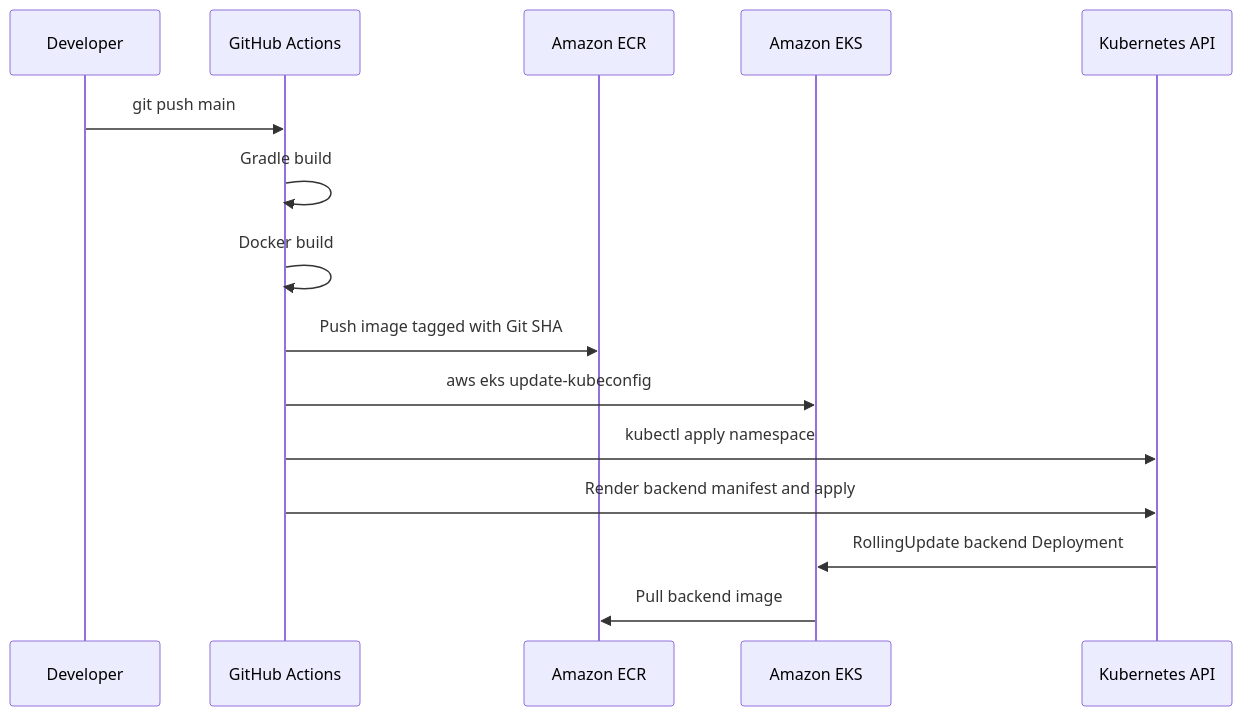
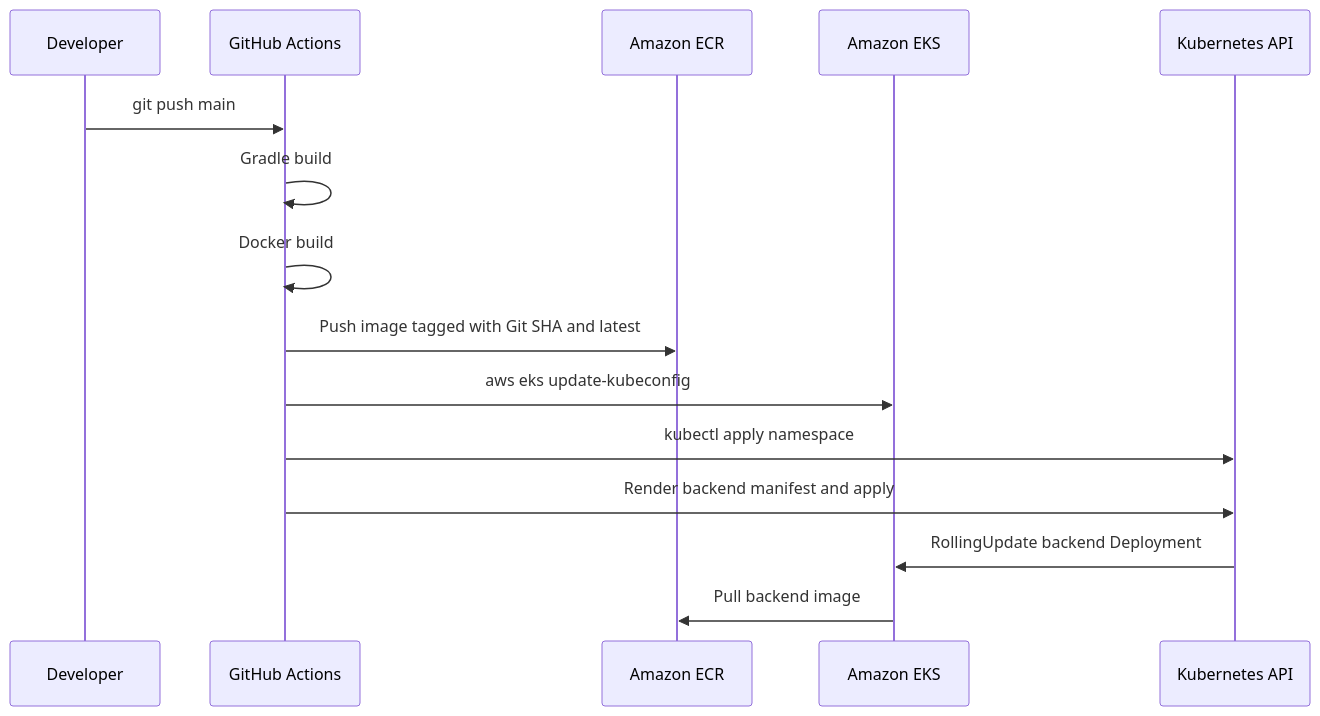
One commit to mmije0ng/Rookies_Terraform-k8s-BE changed the fourth of 4 diagrams in README.md. Above: the diagram before and after it, drawn with Mermaid. The commit also changed other lines of this file, not shown here.

First line of the commit message:
docs: reorganize README architecture guide

````diff
--- a/README.md
+++ b/README.md
@@ -272,18 +258,18 @@
 ```mermaid
 sequenceDiagram
   participant Dev as Developer
   participant GH as GitHub Actions
   participant ECR as Amazon ECR
   participant EKS as Amazon EKS
   participant K8S as Kubernetes API
 
   Dev->>GH: git push main
   GH->>GH: Gradle build
   GH->>GH: Docker build
-  GH->>ECR: Push image tagged with Git SHA
+  GH->>ECR: Push image tagged with Git SHA and latest
   GH->>EKS: aws eks update-kubeconfig
   GH->>K8S: kubectl apply namespace
   GH->>K8S: Render backend manifest and apply
   K8S->>EKS: RollingUpdate backend Deployment
   EKS->>ECR: Pull backend image
 ```
````
